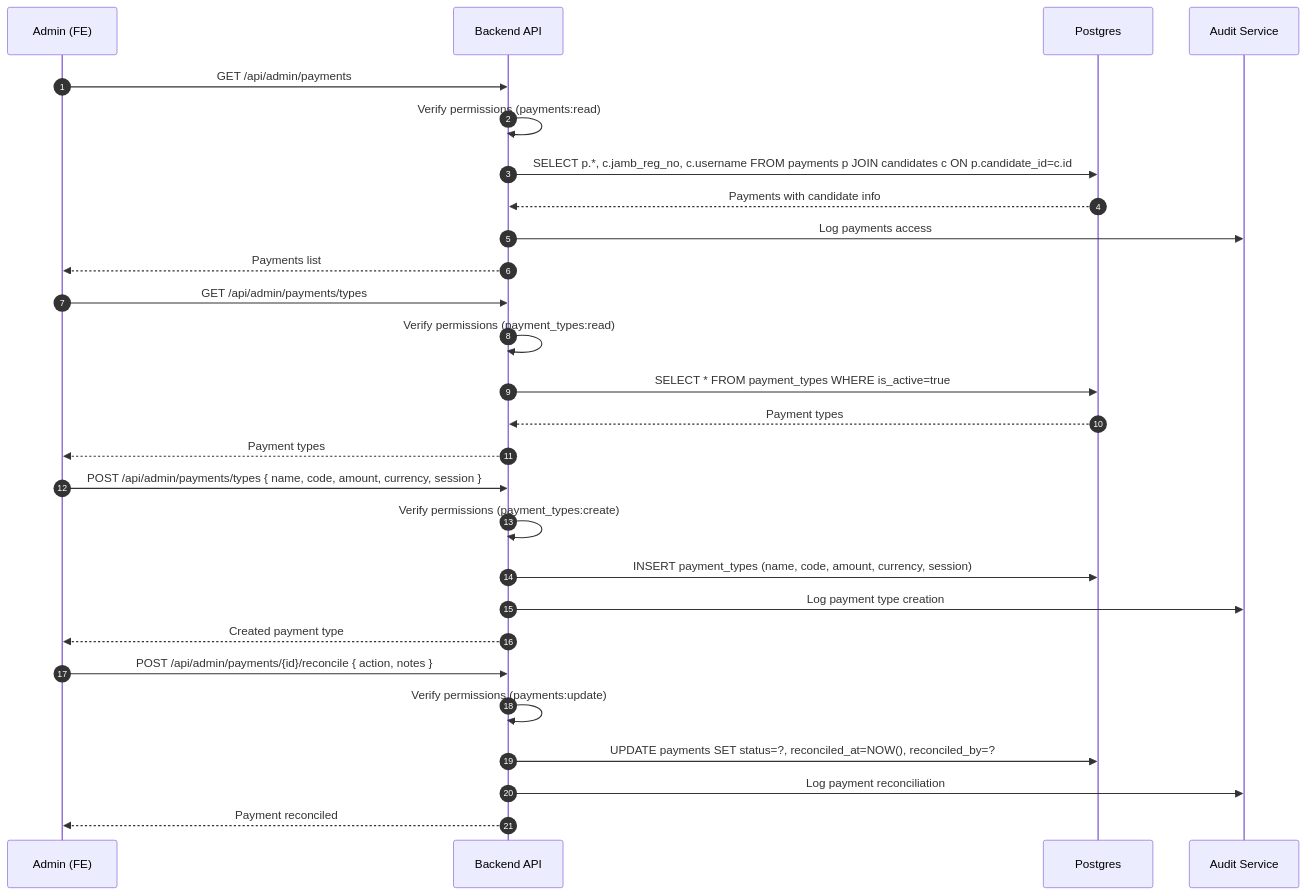
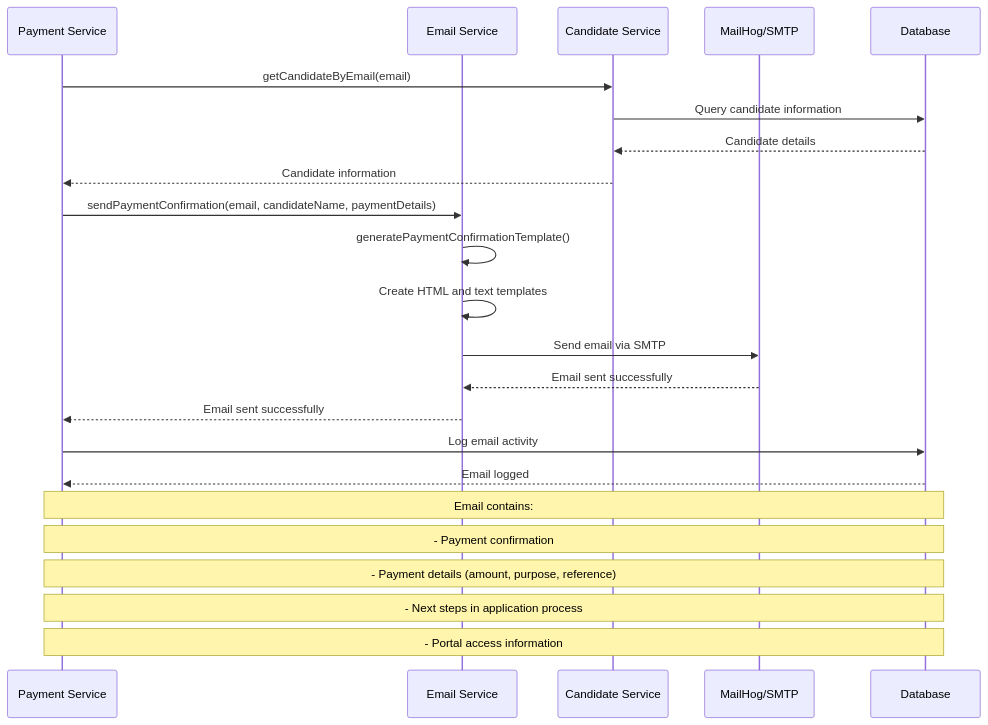
Before and after one commit to sbikelly/fuep_api: the tenth of 17 diagrams in docs/sequence-diagrams.md, drawn with Mermaid. The commit also changed other lines of this file and 35 other files, not shown here.

````diff
--- a/docs/sequence-diagrams.md
+++ b/docs/sequence-diagrams.md
@@ -505,33 +377,30 @@
 ```mermaid
 sequenceDiagram
-  autonumber
-  participant ADM as Admin (FE)
-  participant API as Backend API
-  participant DB as Postgres
-  participant AUDIT as Audit Service
+    participant PS as Payment Service
+    participant ES as Email Service
+    participant CS as Candidate Service
+    participant M as MailHog/SMTP
+    participant DB as Database
 
-  ADM->>API: GET /api/admin/payments
-  API->>API: Verify permissions (payments:read)
-  API->>DB: SELECT p.*, c.jamb_reg_no, c.username FROM payments p JOIN candidates c ON p.candidate_id=c.id
-  DB-->>API: Payments with candidate info
-  API->>AUDIT: Log payments access
-  API-->>ADM: Payments list
+    PS->>CS: getCandidateByEmail(email)
+    CS->>DB: Query candidate information
+    DB-->>CS: Candidate details
+    CS-->>PS: Candidate information
 
-  ADM->>API: GET /api/admin/payments/types
-  API->>API: Verify permissions (payment_types:read)
-  API->>DB: SELECT * FROM payment_types WHERE is_active=true
-  DB-->>API: Payment types
-  API-->>ADM: Payment types
+    PS->>ES: sendPaymentConfirmation(email, candidateName, paymentDetails)
+    ES->>ES: generatePaymentConfirmationTemplate()
+    ES->>ES: Create HTML and text templates
 
-  ADM->>API: POST /api/admin/payments/types { name, code, amount, currency, session }
-  API->>API: Verify permissions (payment_types:create)
-  API->>DB: INSERT payment_types (name, code, amount, currency, session)
-  API->>AUDIT: Log payment type creation
-  API-->>ADM: Created payment type
+    ES->>M: Send email via SMTP
+    M-->>ES: Email sent successfully
 
-  ADM->>API: POST /api/admin/payments/{id}/reconcile { action, notes }
-  API->>API: Verify permissions (payments:update)
-  API->>DB: UPDATE payments SET status=?, reconciled_at=NOW(), reconciled_by=?
-  API->>AUDIT: Log payment reconciliation
-  API-->>ADM: Payment reconciled
+    ES-->>PS: Email sent successfully
+    PS->>DB: Log email activity
+    DB-->>PS: Email logged
+
+    Note over PS,DB: Email contains:
+    Note over PS,DB: - Payment confirmation
+    Note over PS,DB: - Payment details (amount, purpose, reference)
+    Note over PS,DB: - Next steps in application process
+    Note over PS,DB: - Portal access information
 ```
````
